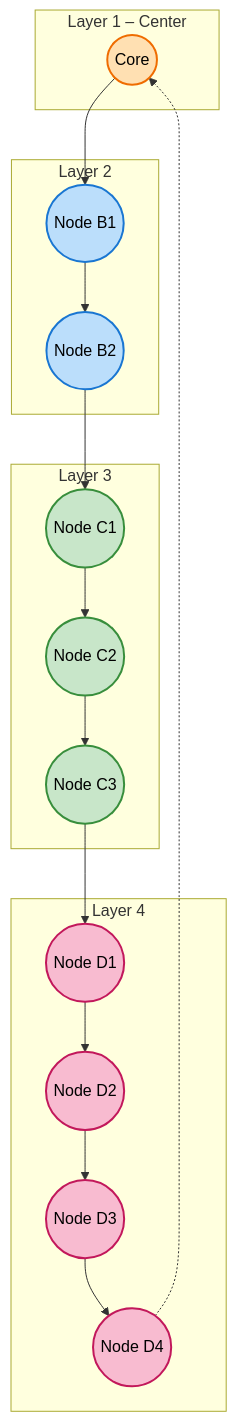
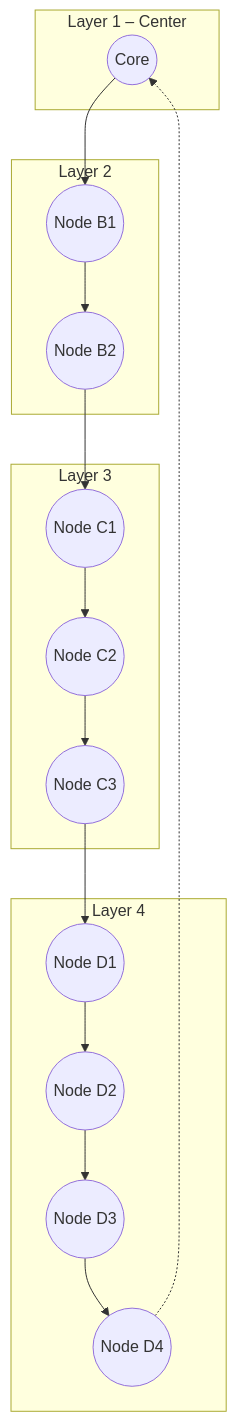
The diagram in structure_in_flow/FLOW_MASTER_SCHEME.md (ExistensialReset/flowmosr), drawn with Mermaid before and after one commit.

````diff
--- a/structure_in_flow/FLOW_MASTER_SCHEME.md
+++ b/structure_in_flow/FLOW_MASTER_SCHEME.md
@@ -1,51 +1,40 @@
 ```mermaid
 graph TD
 
 %% SPIRAL LAYERS
 subgraph L1[Layer 1 – Center]
 A((Core))
 end
 
 subgraph L2[Layer 2]
 B1((Node B1))
 B2((Node B2))
 end
 
 subgraph L3[Layer 3]
 C1((Node C1))
 C2((Node C2))
 C3((Node C3))
 end
 
 subgraph L4[Layer 4]
 D1((Node D1))
 D2((Node D2))
 D3((Node D3))
 D4((Node D4))
 end
 
 %% SPIRAL CONNECTIONS
 A --> B1
 B1 --> B2
 B2 --> C1
 C1 --> C2
 C2 --> C3
 C3 --> D1
 D1 --> D2
 D2 --> D3
 D3 --> D4
 
 %% OPTIONAL: LOOP BACK FOR SPIRAL FEEL
 D4 -.-> A
-
-%% COLORS
-classDef core fill:#ffe0b2,stroke:#ef6c00,stroke-width:2px,color:#000;
-classDef layer2 fill:#bbdefb,stroke:#1976d2,stroke-width:2px,color:#000;
-classDef layer3 fill:#c8e6c9,stroke:#388e3c,stroke-width:2px,color:#000;
-classDef layer4 fill:#f8bbd0,stroke:#c2185b,stroke-width:2px,color:#000;
-
-class A core;
-class B1,B2 layer2;
-class C1,C2,C3 layer3;
-class D1,D2,D3,D4 layer4;
 ```
````
